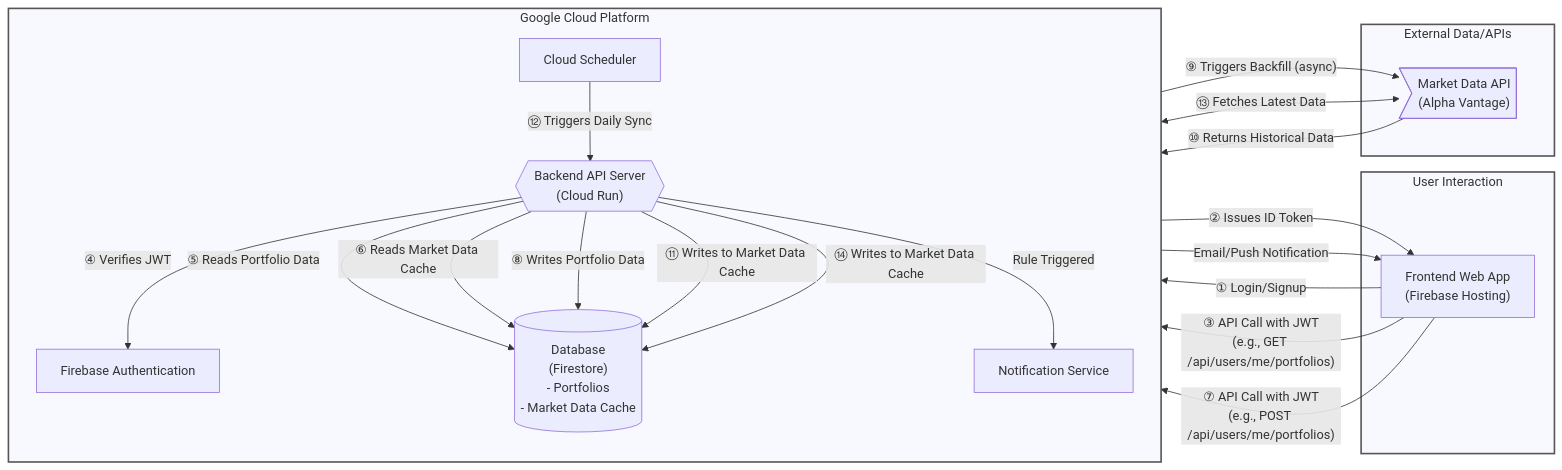
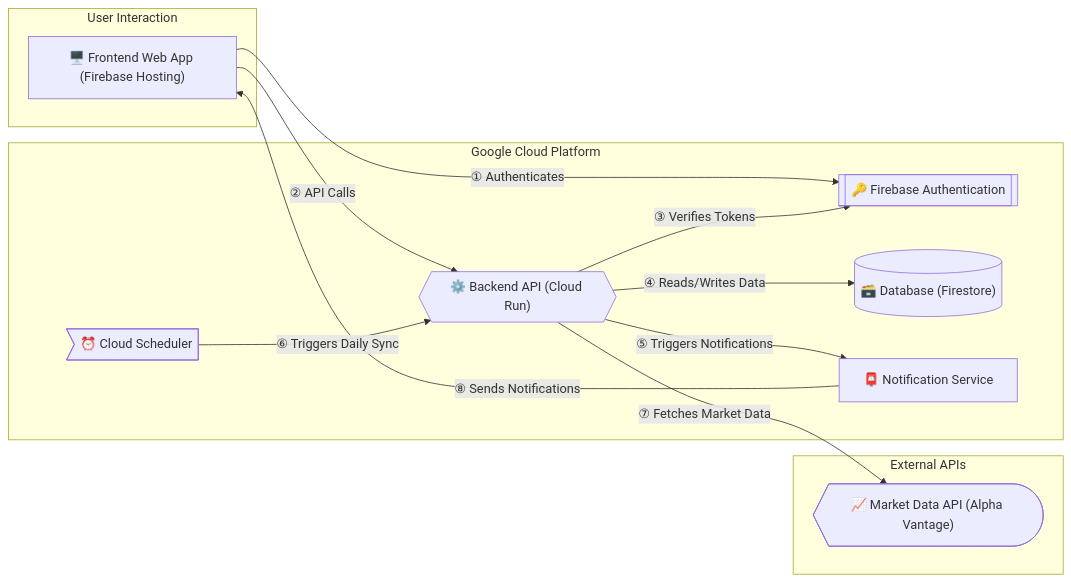
Before and after one commit to enzhao/Sentinel: the first of 58 diagrams in product_spec.md, drawn with Mermaid. The commit also changed other lines of this file and 3 other files, not shown here.

````diff
--- a/product_spec.md
+++ b/product_spec.md
@@ -76,55 +76,41 @@
 ```mermaid
 flowchart LR
-    %% USER LAYER
+    %% Define components with emojis
+    A["🖥️ Frontend Web App (Firebase Hosting)"]
+    G[["🔑 Firebase Authentication"]]
+    B{{"⚙️ Backend API (Cloud Run)"}}
+    C[("🗃️ Database (Firestore)")]
+    Scheduler@{ shape: odd, label: "⏰ Cloud Scheduler"}
+    E["📮 Notification Service"]
+    F@{ shape: curv-trap, label: "📈 Market Data API (Alpha Vantage)"}
+
+    %% Group components into zones
     subgraph User["User Interaction"]
-        A["Frontend Web App<br/>(Firebase Hosting)"]
+        A
     end
 
-    %% PLATFORM CORE (Now includes Auth)
     subgraph Platform["Google Cloud Platform"]
-        direction TB
-        G["Firebase Authentication"]
-        B{{"Backend API Server<br/>(Cloud Run)"}}
-        C[("Database<br/>(Firestore)<br/>- Portfolios<br/>- Market Data Cache")]
-        Scheduler["Cloud Scheduler"]
-        E["Notification Service"]
+        G
+        B
+        C
+        Scheduler
+        E
     end
 
-    %% EXTERNAL ZONE
-    subgraph Ext["External Data/APIs"]
-        F>"Market Data API<br/>(Alpha Vantage)"]
+    subgraph Ext["External APIs"]
+        F
     end
 
-    %% Flows
-
-    %% ①② Authentication
-    A -- "① Login/Signup" --> G
-    G -- "② Issues ID Token" --> A
-
-    %% ③④⑤⑥ Portfolio Read
-    A -- "③ API Call with JWT<br/>(e.g., GET /api/users/me/portfolios)" --> B
-    B -- "④ Verifies JWT" --> G
-    B -- "⑤ Reads Portfolio Data" --> C
-    B -- "⑥ Reads Market Data Cache" --> C
-
-    %% Portfolio Write
-    A -- "⑦ API Call with JWT<br/>(e.g., POST /api/users/me/portfolios)" --> B
-    B -- "⑧ Writes Portfolio Data" --> C
-    B -- "⑨ Triggers Backfill (async)" --> F
-    F -- "⑩ Returns Historical Data" --> B
-    B -- "⑪ Writes to Market Data Cache" --> C
-
-    %% Scheduled Job (Daily Sync)
-    Scheduler -- "⑫ Triggers Daily Sync" --> B
-    B <-- "⑬ Fetches Latest Data" --> F
-    %% F -- "⑭ Returns Latest Data" --> B
-    B -- "⑭ Writes to Market Data Cache" --> C
-
-    %% OPTIONAL: Notification Flow Example
-    B -- "Rule Triggered" --> E
-    E -- "Email/Push Notification" --> A
-
-    %% Visual grouping
-    classDef zone fill:#F7F9FF,stroke:#555,stroke-width:2px;
-    class User,Platform,Ext zone;
+    %% Simplified connections
+    A -- "① Authenticates" --> G
+    A -- "② API Calls" --> B
+    
+    B -- "③ Verifies Tokens" --> G
+    B -- "④ Reads/Writes Data" --> C
+    B -- "⑤ Triggers Notifications" --> E
+    
+    Scheduler -- "⑥ Triggers Daily Sync" --> B
+    B -- "⑦ Fetches Market Data" --> F
+    
+    E -- "⑧ Sends Notifications" --> A
 ```
````
